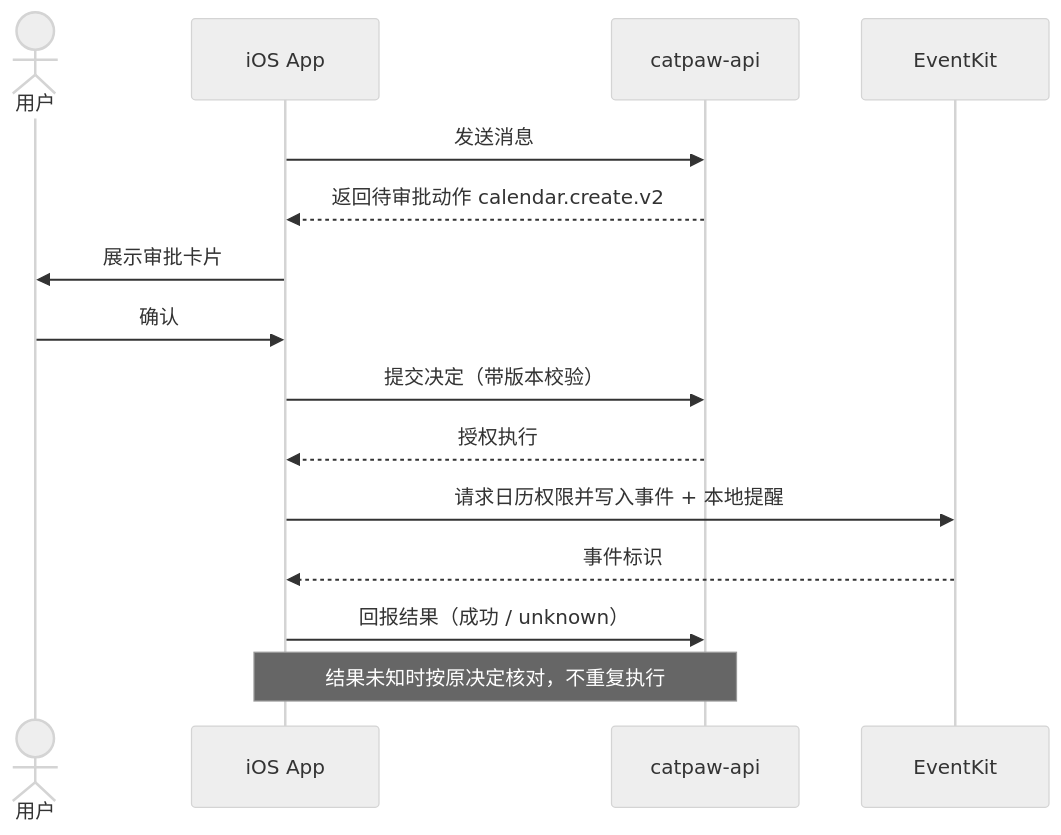
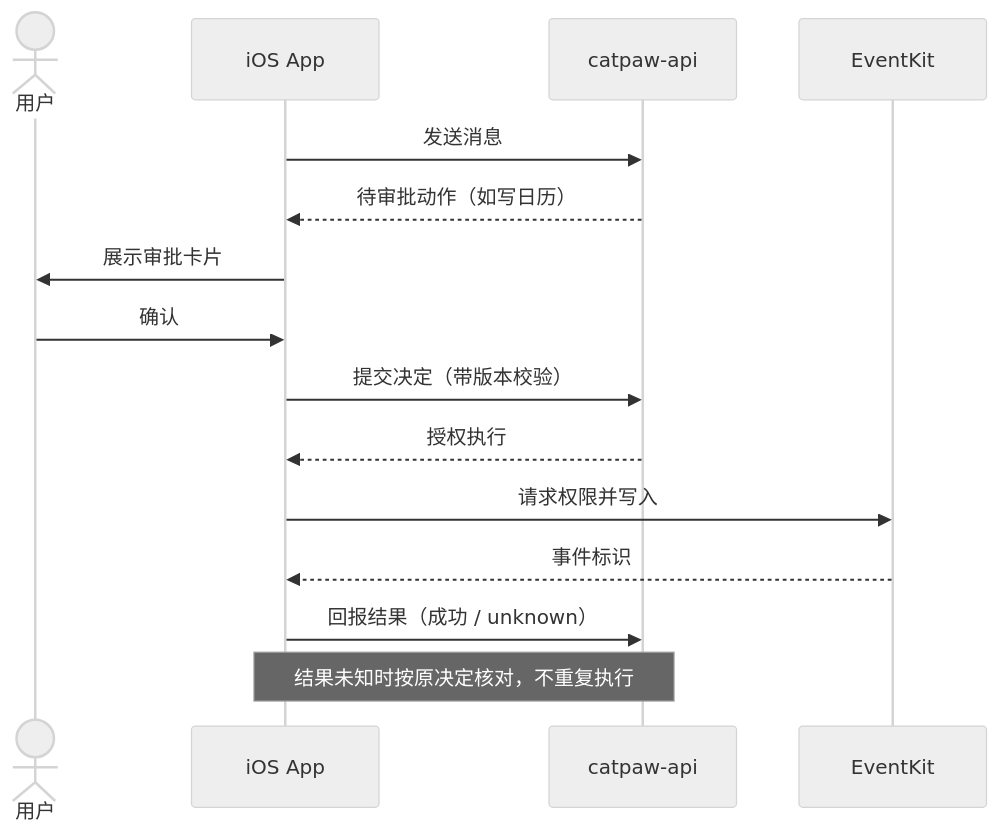
One commit to Yankj/cat-m changed the second of 3 diagrams in README.md. Above: the diagram before and after it, drawn with Mermaid (neutral theme). The commit also changed other lines of this file and 3 other files, not shown here.

First line of the commit message:
docs: refresh README for v1.1 (verified feature table, live text / context window, Mermaid, Diátaxis map); sync architecture and demo script with main

````diff
--- a/README.md
+++ b/README.md
@@ -203,17 +211,17 @@
 ```mermaid
 sequenceDiagram
   actor U as 用户
   participant App as iOS App
   participant API as catpaw-api
   participant EK as EventKit
   App->>API: 发送消息
-  API-->>App: 返回待审批动作 calendar.create.v2
+  API-->>App: 待审批动作（如写日历）
   App->>U: 展示审批卡片
   U->>App: 确认
   App->>API: 提交决定（带版本校验）
   API-->>App: 授权执行
-  App->>EK: 请求日历权限并写入事件 + 本地提醒
+  App->>EK: 请求权限并写入
   EK-->>App: 事件标识
   App->>API: 回报结果（成功 / unknown）
   Note over App,API: 结果未知时按原决定核对，不重复执行
 ```
````
